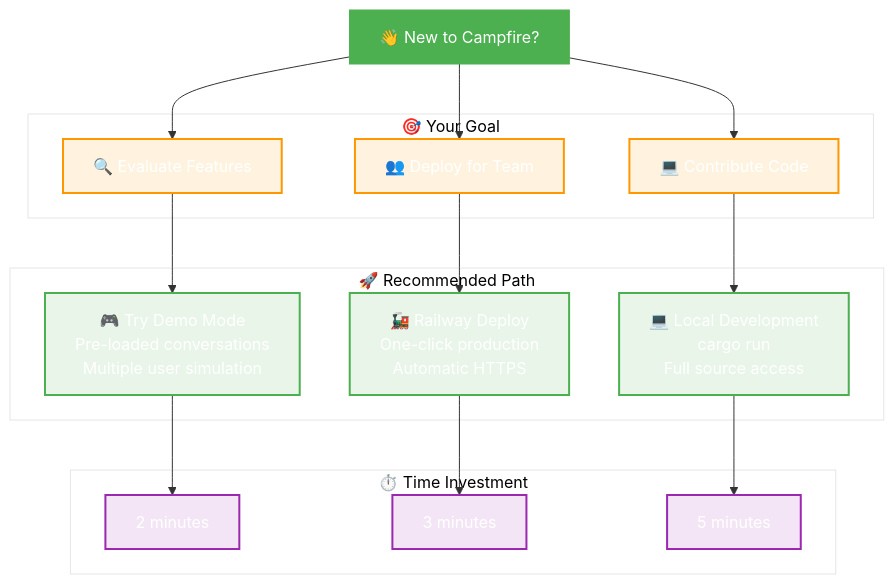
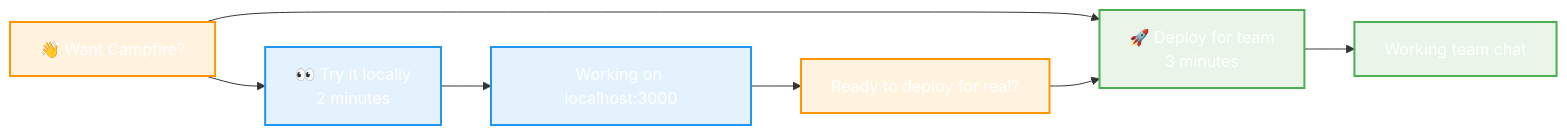
Before and after one commit to that-in-rust/campfire-on-rust: the diagram in README.md, drawn with Mermaid. The commit also changed other lines of this file and 5 other files, not shown here.

````diff
--- a/README.md
+++ b/README.md
@@ -116,43 +12,20 @@
 ```mermaid
-%%{init: {'theme':'base', 'themeVariables': {'primaryColor':'#4caf50','primaryTextColor':'#ffffff','primaryBorderColor':'#4caf50','lineColor':'#333333','secondaryColor':'#f4f4f4','tertiaryColor':'#ffffff','background':'#ffffff','mainBkg':'#4caf50','secondBkg':'#e8f5e8','tertiaryBkg':'#ffffff'}}}%%
-graph TD
-    START["👋 New to Campfire?"]
+%%{init: {'theme':'base', 'themeVariables': {'primaryColor':'#ff6b35','primaryTextColor':'#ffffff','primaryBorderColor':'#ff6b35','lineColor':'#333333','secondaryColor':'#f4f4f4','tertiaryColor':'#ffffff','background':'#ffffff','mainBkg':'#ff6b35','secondBkg':'#f8f9fa','tertiaryBkg':'#ffffff'}}}%%
+graph LR
+    A["👋 Want Campfire?"] --> B["👀 Try it locally<br/>2 minutes"]
+    A --> C["🚀 Deploy for team<br/>3 minutes"]
     
-    subgraph "🎯 Your Goal"
-        EVAL["🔍 Evaluate Features"]
-        TEAM["👥 Deploy for Team"]
-        DEV["💻 Contribute Code"]
-    end
+    B --> D["Working on localhost:3000"]
+    C --> E["Working team chat"]
     
-    subgraph "🚀 Recommended Path"
-        DEMO["🎮 Try Demo Mode<br/>Pre-loaded conversations<br/>Multiple user simulation"]
-        RAILWAY["🚂 Railway Deploy<br/>One-click production<br/>Automatic HTTPS"]
-        LOCAL["💻 Local Development<br/>cargo run<br/>Full source access"]
-    end
+    D --> F["Ready to deploy for real?"]
+    F --> C
     
-    subgraph "⏱️ Time Investment"
-        T1["2 minutes"]
-        T2["3 minutes"]
-        T3["5 minutes"]
-    end
+    classDef choice fill:#fff3e0,stroke:#ff9800,stroke-width:2px
+    classDef local fill:#e3f2fd,stroke:#2196f3,stroke-width:2px
+    classDef deploy fill:#e8f5e8,stroke:#4caf50,stroke-width:2px
     
-    START --> EVAL
-    START --> TEAM
-    START --> DEV
-    
-    EVAL --> DEMO
-    TEAM --> RAILWAY
-    DEV --> LOCAL
-    
-    DEMO --> T1
-    RAILWAY --> T2
-    LOCAL --> T3
-    
-    classDef goal fill:#fff3e0,stroke:#ff9800,stroke-width:2px
-    classDef path fill:#e8f5e8,stroke:#4caf50,stroke-width:2px
-    classDef time fill:#f3e5f5,stroke:#9c27b0,stroke-width:2px
-    
-    class EVAL,TEAM,DEV goal
-    class DEMO,RAILWAY,LOCAL path
-    class T1,T2,T3 time
+    class A,F choice
+    class B,D local
+    class C,E deploy
 ```
````
